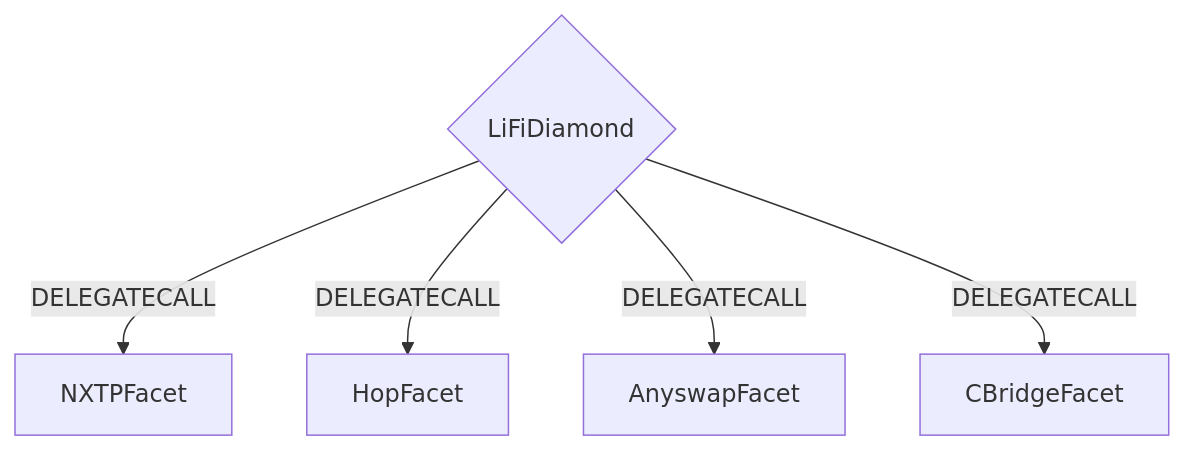
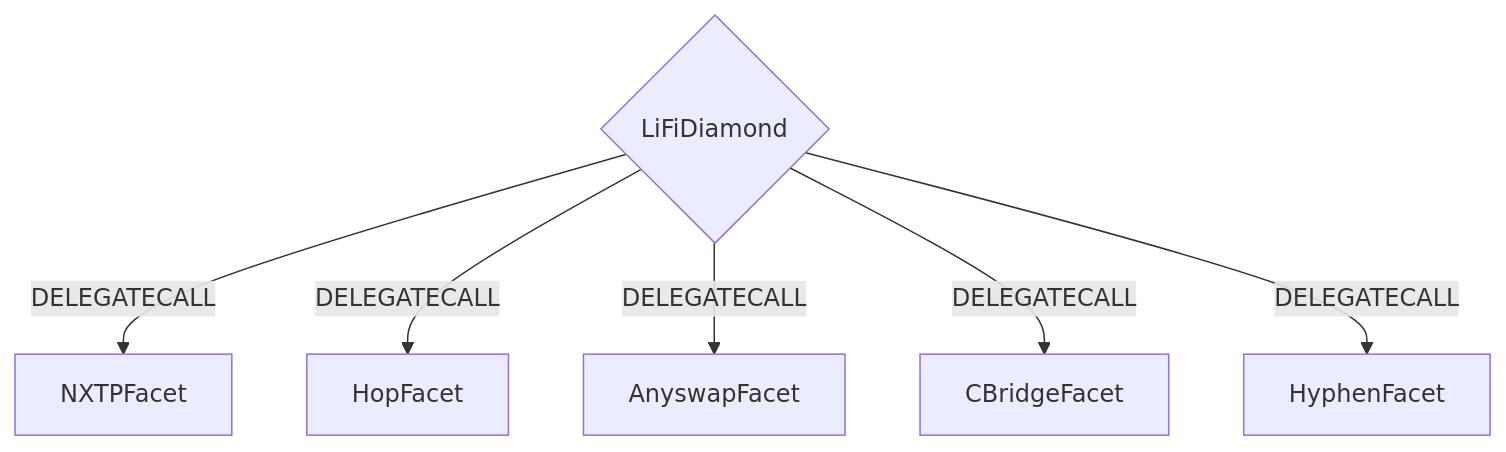
One commit to lifinance/contracts changed the first of 2 diagrams in README.md. Above: the diagram before and after it, drawn with Mermaid. The commit also changed other lines of this file and 146 other files, not shown here.

````diff
--- a/README.md
+++ b/README.md
@@ -141,7 +108,8 @@
 ```mermaid
 graph TD;
     D{LiFiDiamond}-- DELEGATECALL -->NXTPFacet;
     D{LiFiDiamond}-- DELEGATECALL -->HopFacet;
     D{LiFiDiamond}-- DELEGATECALL -->AnyswapFacet;
     D{LiFiDiamond}-- DELEGATECALL -->CBridgeFacet;
+    D{LiFiDiamond}-- DELEGATECALL -->HyphenFacet;
 ```
````
